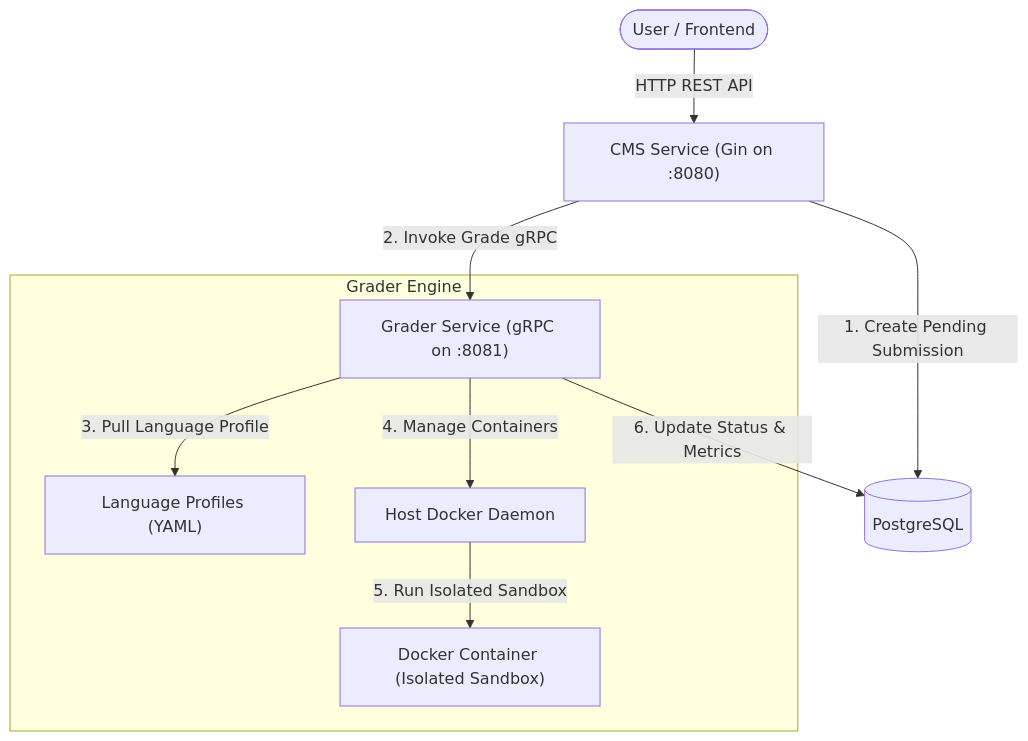
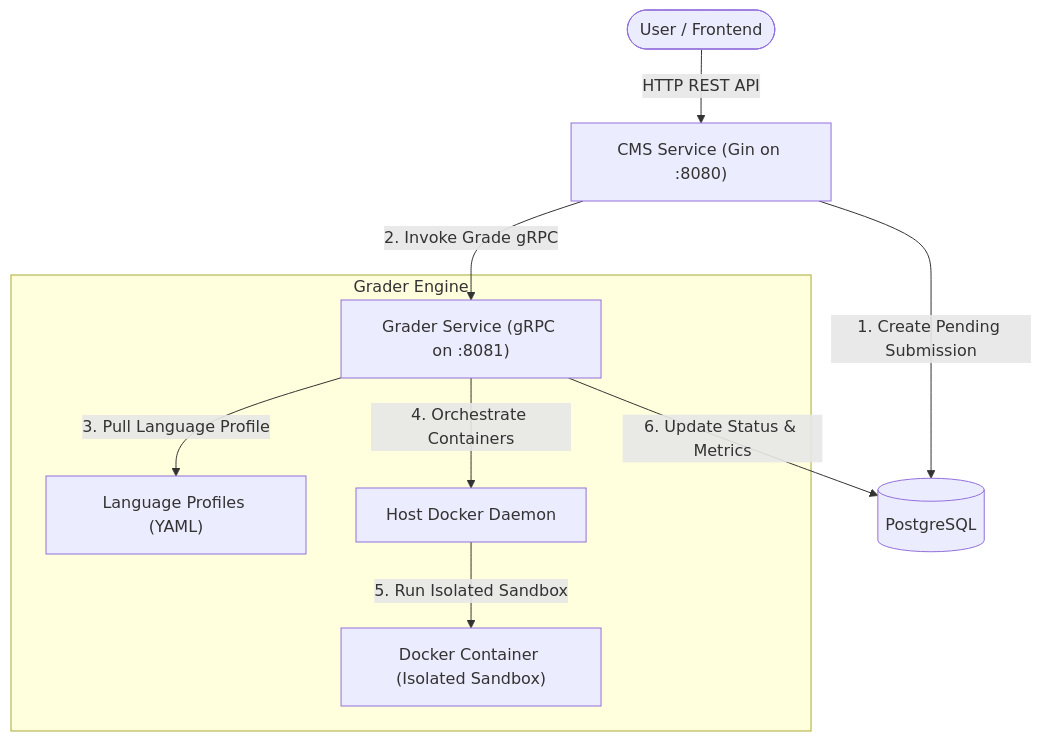
Before and after one commit to KPV2004/gradient: the diagram in gradient-backend/README.md, drawn with Mermaid. The commit also changed other lines of this file and 2 other files, not shown here.

````diff
--- a/gradient-backend/README.md
+++ b/gradient-backend/README.md
@@ -15,14 +15,14 @@
 ```mermaid
 graph TD
     User([User / Frontend]) -->|HTTP REST API| CMS["CMS Service (Gin on :8080)"]
     CMS -->|1. Create Pending Submission| DB[(PostgreSQL)]
     CMS -->|2. Invoke Grade gRPC| Grader["Grader Service (gRPC on :8081)"]
     
     subgraph Grader Engine
         Grader -->|3. Pull Language Profile| Config["Language Profiles (YAML)"]
-        Grader -->|4. Manage Containers| Docker[Host Docker Daemon]
+        Grader -->|4. Orchestrate Containers| Docker[Host Docker Daemon]
         Docker -->|5. Run Isolated Sandbox| Sandbox["Docker Container (Isolated Sandbox)"]
     end
     
     Grader -->|6. Update Status & Metrics| DB
 ```
````
